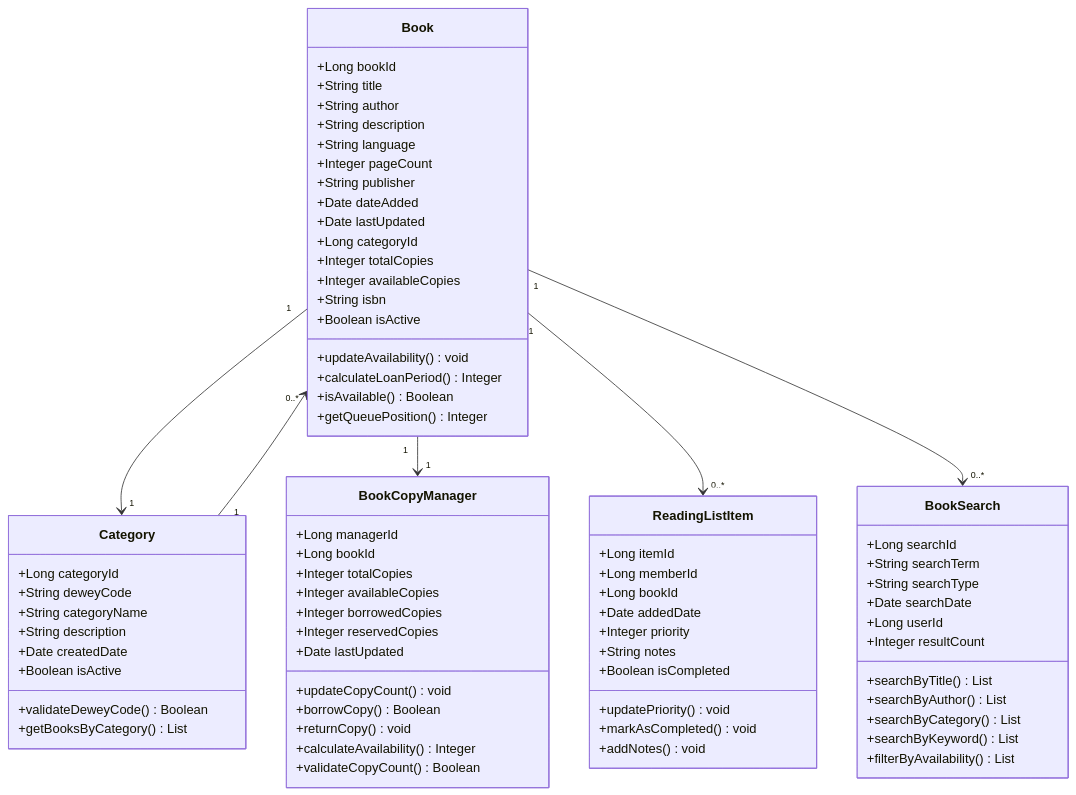
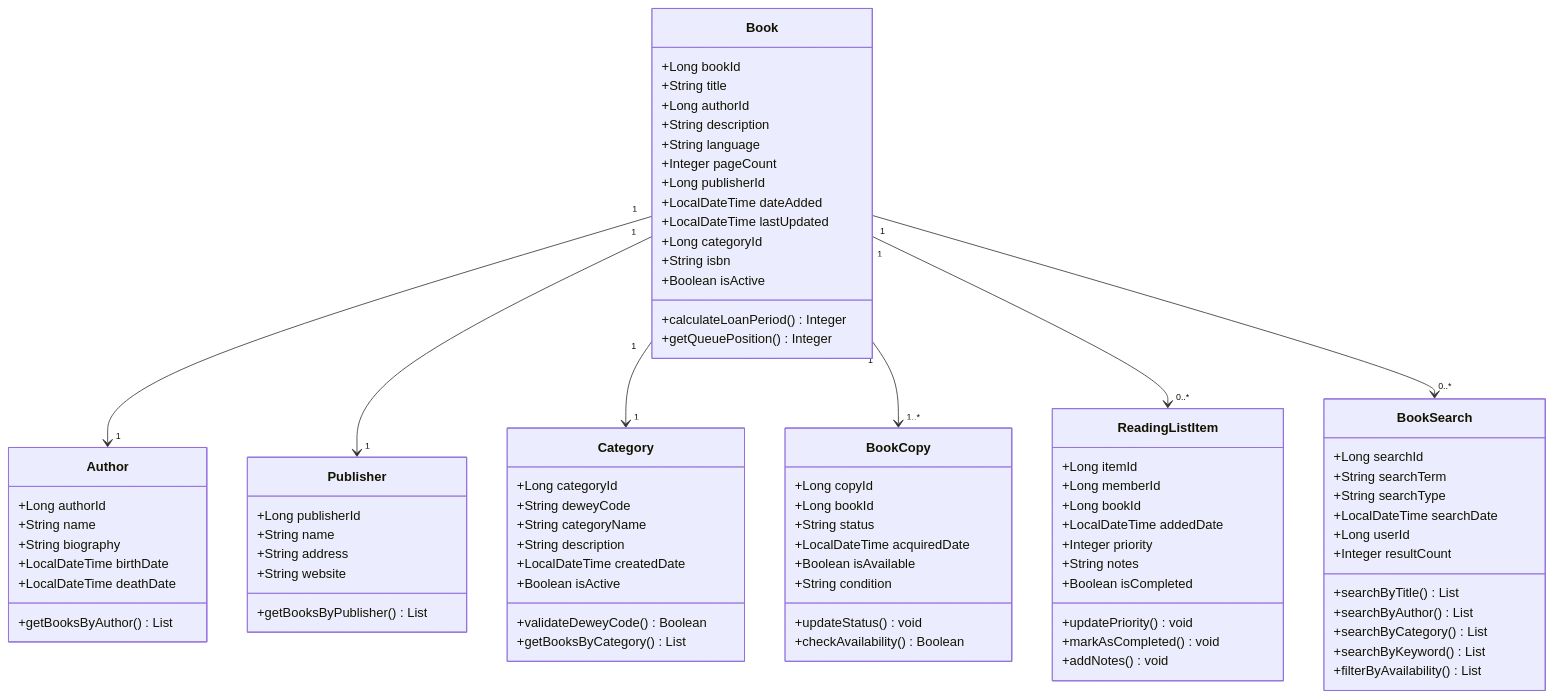
The diagram in uml-diagrams/02-book-inventory-class-diagram.mmd (cagricakmaktepe/davon-library-system), drawn with Mermaid before and after one commit. The commit also changed 3 other files, not shown here.

First line of the commit message:
Update UML class diagrams for Book Inventory and Borrowing Transactions

```diff
--- a/uml-diagrams/02-book-inventory-class-diagram.mmd
+++ b/uml-diagrams/02-book-inventory-class-diagram.mmd
@@ -1,80 +1,90 @@
 classDiagram
     class Book {
         +Long bookId
         +String title
-        +String author
+        +Long authorId
         +String description
         +String language
         +Integer pageCount
-        +String publisher
-        +Date dateAdded
-        +Date lastUpdated
+        +Long publisherId
+        +LocalDateTime dateAdded
+        +LocalDateTime lastUpdated
         +Long categoryId
-        +Integer totalCopies
-        +Integer availableCopies
         +String isbn
         +Boolean isActive
-        +updateAvailability() void
         +calculateLoanPeriod() Integer
-        +isAvailable() Boolean
         +getQueuePosition() Integer
+    }
+    
+    class Author {
+        +Long authorId
+        +String name
+        +String biography
+        +LocalDateTime birthDate
+        +LocalDateTime deathDate
+        +getBooksByAuthor() List
+    }
+    
+    class Publisher {
+        +Long publisherId
+        +String name
+        +String address
+        +String website
+        +getBooksByPublisher() List
     }
     
     class Category {
         +Long categoryId
         +String deweyCode
         +String categoryName
         +String description
-        +Date createdDate
+        +LocalDateTime createdDate
         +Boolean isActive
         +validateDeweyCode() Boolean
         +getBooksByCategory() List
     }
     
-    class BookCopyManager {
-        +Long managerId
+    class BookCopy {
+        +Long copyId
         +Long bookId
-        +Integer totalCopies
-        +Integer availableCopies
-        +Integer borrowedCopies
-        +Integer reservedCopies
-        +Date lastUpdated
-        +updateCopyCount() void
-        +borrowCopy() Boolean
-        +returnCopy() void
-        +calculateAvailability() Integer
-        +validateCopyCount() Boolean
+        +String status
+        +LocalDateTime acquiredDate
+        +Boolean isAvailable
+        +String condition
+        +updateStatus() void
+        +checkAvailability() Boolean
     }
     
     class BookSearch {
         +Long searchId
         +String searchTerm
         +String searchType
-        +Date searchDate
+        +LocalDateTime searchDate
         +Long userId
         +Integer resultCount
         +searchByTitle() List
         +searchByAuthor() List
         +searchByCategory() List
         +searchByKeyword() List
         +filterByAvailability() List
     }
     
     class ReadingListItem {
         +Long itemId
         +Long memberId
         +Long bookId
-        +Date addedDate
+        +LocalDateTime addedDate
         +Integer priority
         +String notes
         +Boolean isCompleted
         +updatePriority() void
         +markAsCompleted() void
         +addNotes() void
     }
     
+    Book "1" --> "1" Author
+    Book "1" --> "1" Publisher
     Book "1" --> "1" Category
-    Book "1" --> "1" BookCopyManager
+    Book "1" --> "1..*" BookCopy
     Book "1" --> "0..*" ReadingListItem
     Book "1" --> "0..*" BookSearch
-    Category "1" --> "0..*" Book
```
